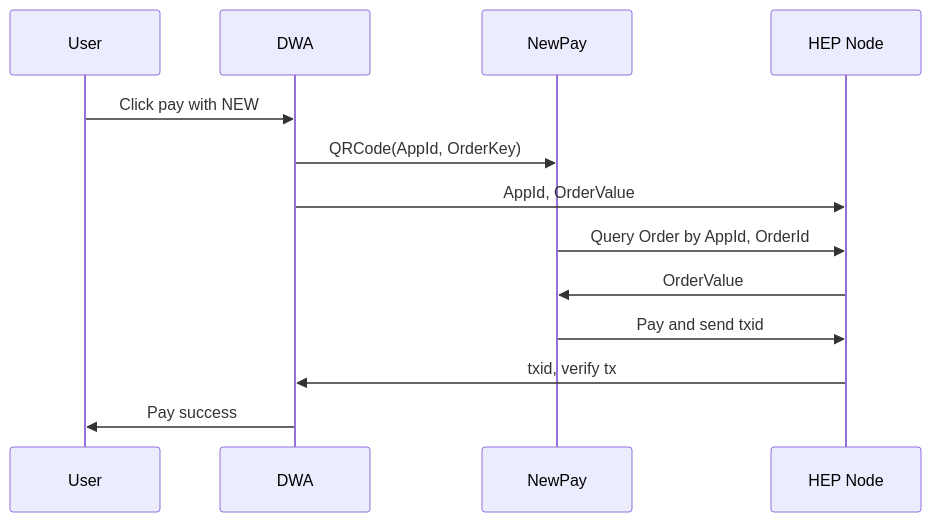
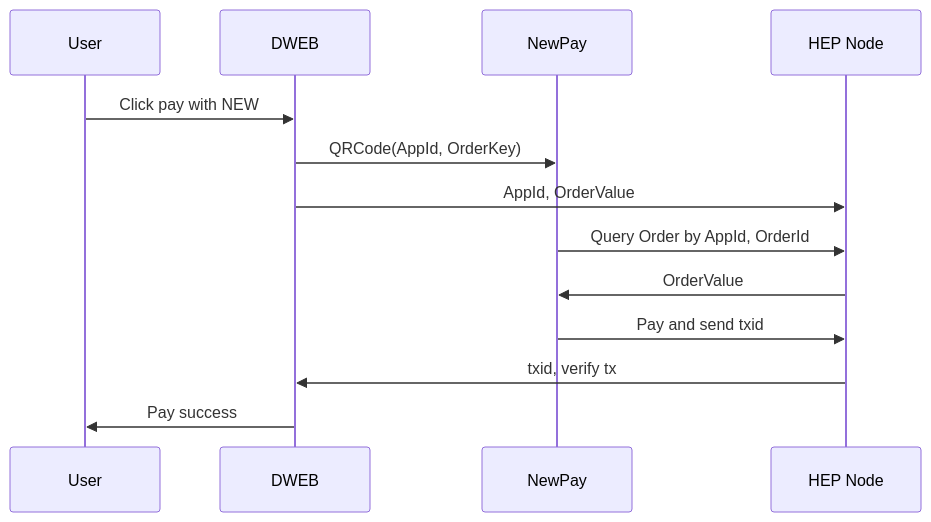
Before and after one commit to newtonproject/HEP-specification: the second of 3 diagrams in hep-node/DWEB 上链流程.md, drawn with Mermaid. The commit also changed other lines of this file, not shown here.

Commit message:
Update DWEB 上链流程.md

````diff
--- a/hep-node/DWEB 上链流程.md
+++ b/hep-node/DWEB 上链流程.md
@@ -16,15 +16,15 @@
 ```mermaid
 sequenceDiagram;
     participant User;
-    participant DWA;
+    participant DWEB;
 	participant NewPay;
 	participant HEP Node;
-	User->>DWA:Click pay with NEW;
-	DWA->>NewPay:QRCode(AppId, OrderKey);
-	DWA->>HEP Node:AppId, OrderValue;
+	User->>DWEB:Click pay with NEW;
+	DWEB->>NewPay:QRCode(AppId, OrderKey);
+	DWEB->>HEP Node:AppId, OrderValue;
 	NewPay->>HEP Node:Query Order by AppId, OrderId;
 	HEP Node->>NewPay: OrderValue;
 	NewPay->>HEP Node:Pay and send txid;
-	HEP Node->>DWA:txid, verify tx;
-	DWA->>User:Pay success;
+	HEP Node->>DWEB:txid, verify tx;
+	DWEB->>User:Pay success;
 ```
````
